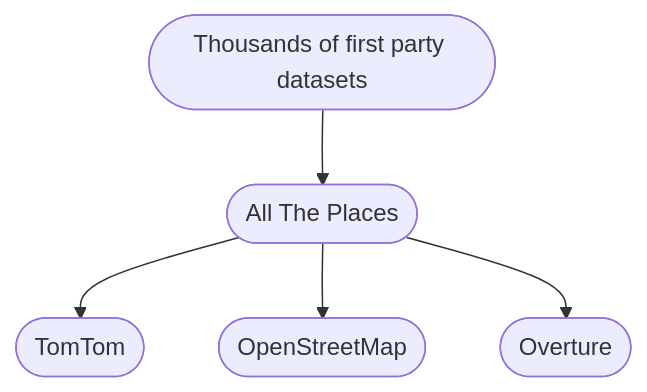
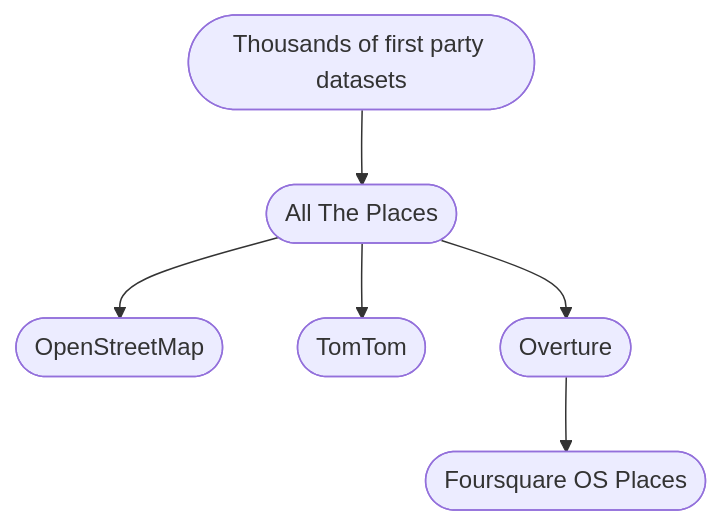
Before and after one commit to alltheplaces/alltheplaces: the diagram in README.md, drawn with Mermaid.

Commit message:
Add Foursquare

````diff
--- a/README.md
+++ b/README.md
@@ -5,17 +5,24 @@
 ```mermaid
+---
+sources:
+      foursquare: https://docs.foursquare.com/data-products/docs/fsq-os-places-release-notes
+---
 flowchart
    Spiders(["Thousands of first party datasets"])
    ATP(["All The Places"])
    click ATP "https://alltheplaces.xyz/"
    OSM(["OpenStreetMap"])
    click OSM "https://www.openstreetmap.org/"
    TT(["TomTom"])
    click TT "https://www.tomtom.com/"
    Overture(["Overture"])
    click Overture "https://overturemaps.org/"
+   Foursquare(["Foursquare OS Places"])
+   click Foursquare "https://opensource.foursquare.com/os-places/"
 
    Spiders --> ATP
    ATP --> TT
    ATP --> OSM
    ATP --> Overture
+   Overture --> Foursquare
 ```
````
